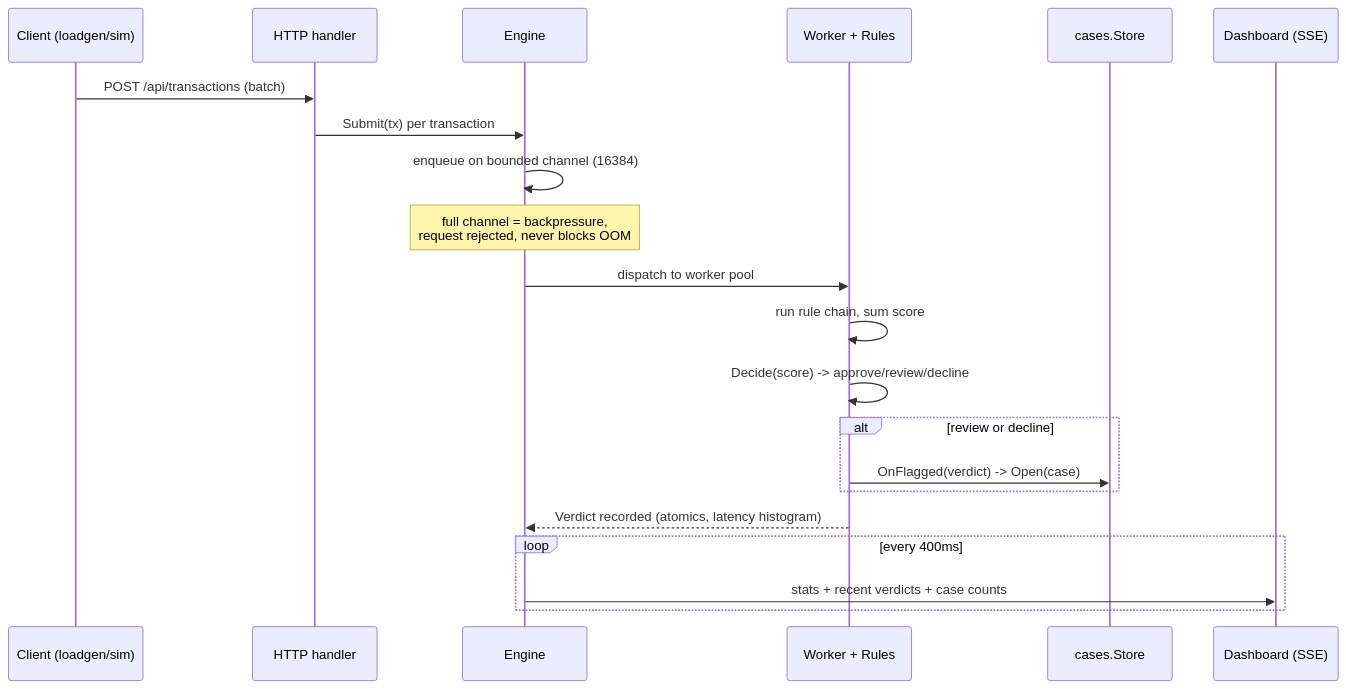
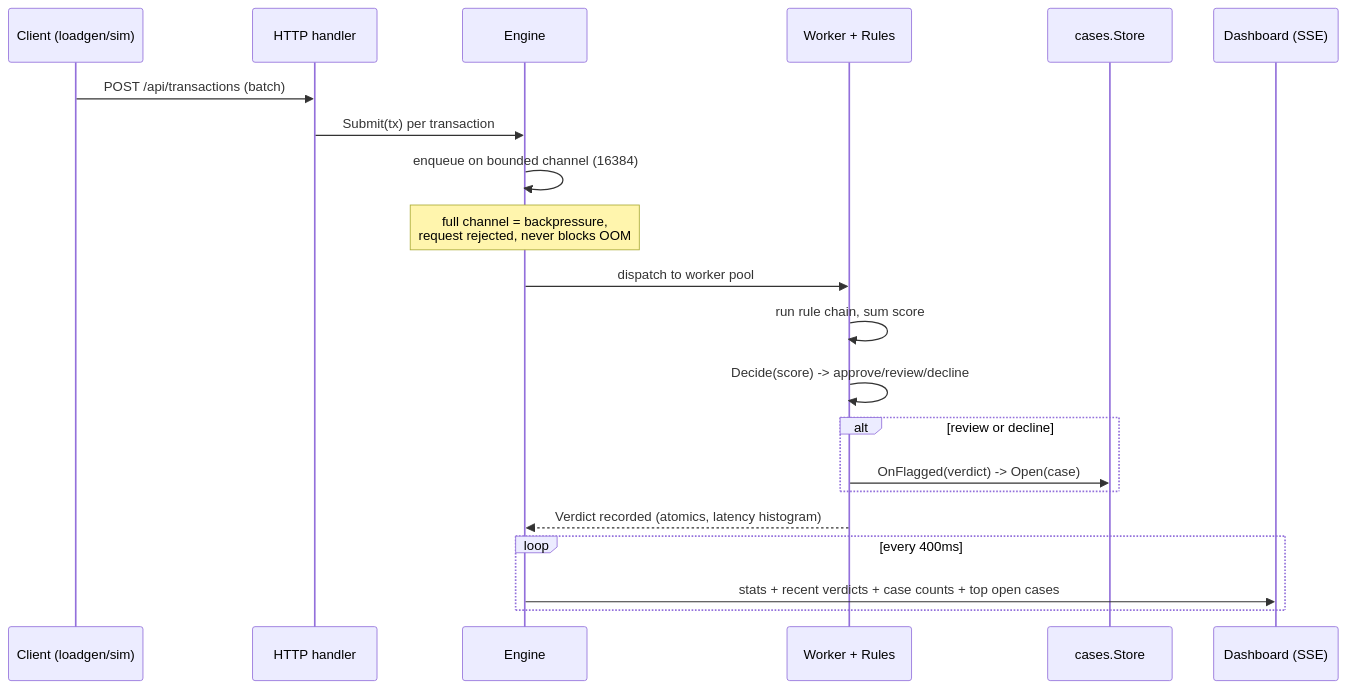
Before and after one commit to Inn-Keeper/lambari: the second of 4 diagrams in docs/diagrams.md, drawn with Mermaid. The commit also changed 36 other files, not shown here.

````diff
--- a/docs/diagrams.md
+++ b/docs/diagrams.md
@@ -45,24 +45,24 @@
 ```mermaid
 sequenceDiagram
     participant C as Client (loadgen/sim)
     participant H as HTTP handler
     participant E as Engine
     participant W as Worker + Rules
     participant S as cases.Store
     participant D as Dashboard (SSE)
 
     C->>H: POST /api/transactions (batch)
     H->>E: Submit(tx) per transaction
     E->>E: enqueue on bounded channel (16384)
     Note over E: full channel = backpressure,<br/>request rejected, never blocks OOM
     E->>W: dispatch to worker pool
     W->>W: run rule chain, sum score
     W->>W: Decide(score) -> approve/review/decline
     alt review or decline
         W->>S: OnFlagged(verdict) -> Open(case)
     end
     W-->>E: Verdict recorded (atomics, latency histogram)
     loop every 400ms
-        E->>D: stats + recent verdicts + case counts
+        E->>D: stats + recent verdicts + case counts + top open cases
     end
 ```
````
